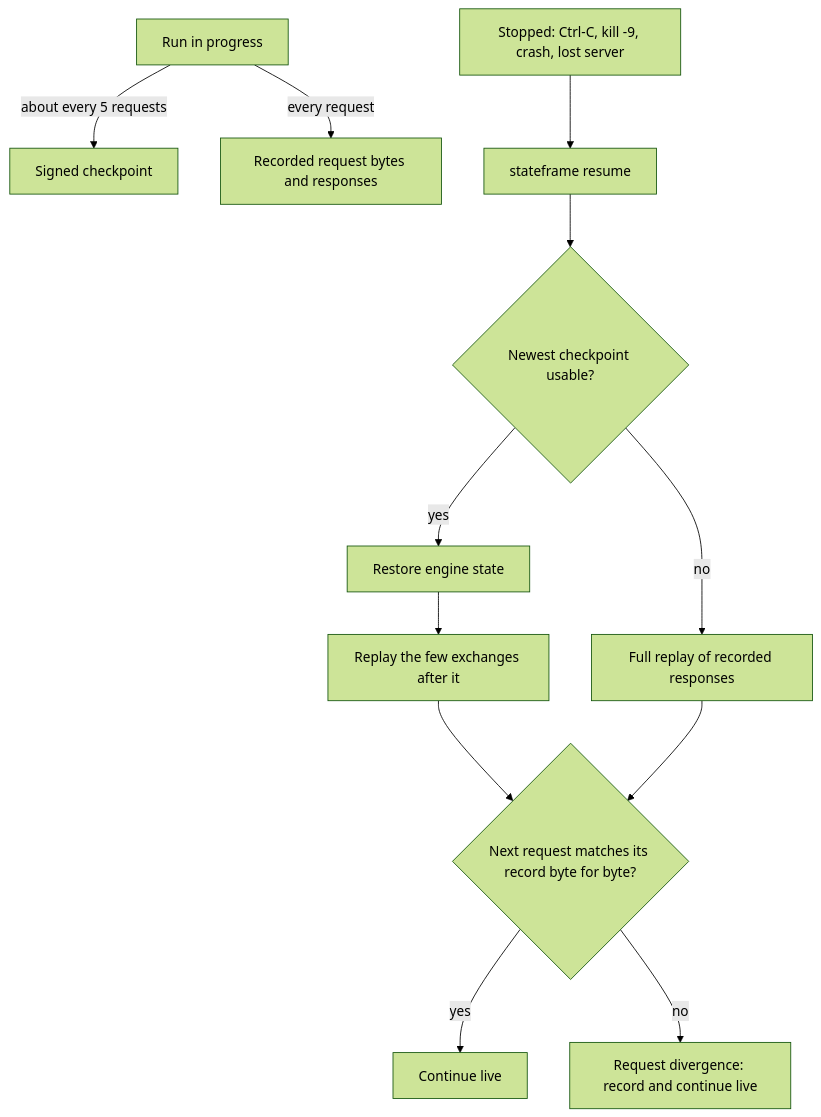
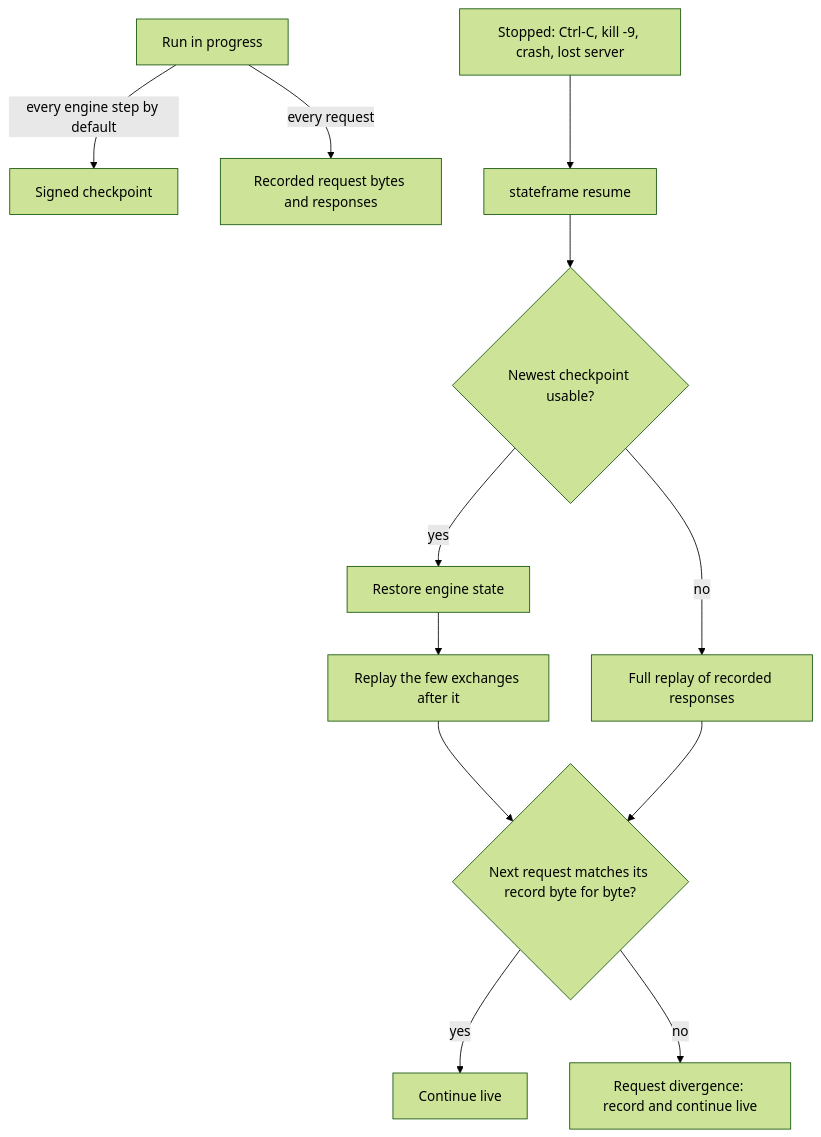
The fourth of 6 diagrams in ARCHITECTURE.md (FarsideResearch/StateFrame), drawn with Mermaid (forest theme) before and after one commit. The commit also changed other lines of this file and 37 other files, not shown here.

````diff
--- a/ARCHITECTURE.md
+++ b/ARCHITECTURE.md
@@ -68,14 +68,14 @@
 ```mermaid
 flowchart TB
-    RUN[Run in progress] -->|about every 5 requests| CP[Signed checkpoint]
+    RUN[Run in progress] -->|every engine step by default| CP[Signed checkpoint]
     RUN -->|every request| REC[Recorded request bytes and responses]
     X[Stopped: Ctrl-C, kill -9, crash, lost server] --> RS[stateframe resume]
     RS --> L{Newest checkpoint usable?}
     L -->|yes| LD[Restore engine state]
     LD --> RP[Replay the few exchanges after it]
     L -->|no| FULL[Full replay of recorded responses]
     RP --> CHK{Next request matches its record byte for byte?}
     FULL --> CHK
     CHK -->|yes| LIVE[Continue live]
     CHK -->|no| DIV[Request divergence: record and continue live]
 ```
````
